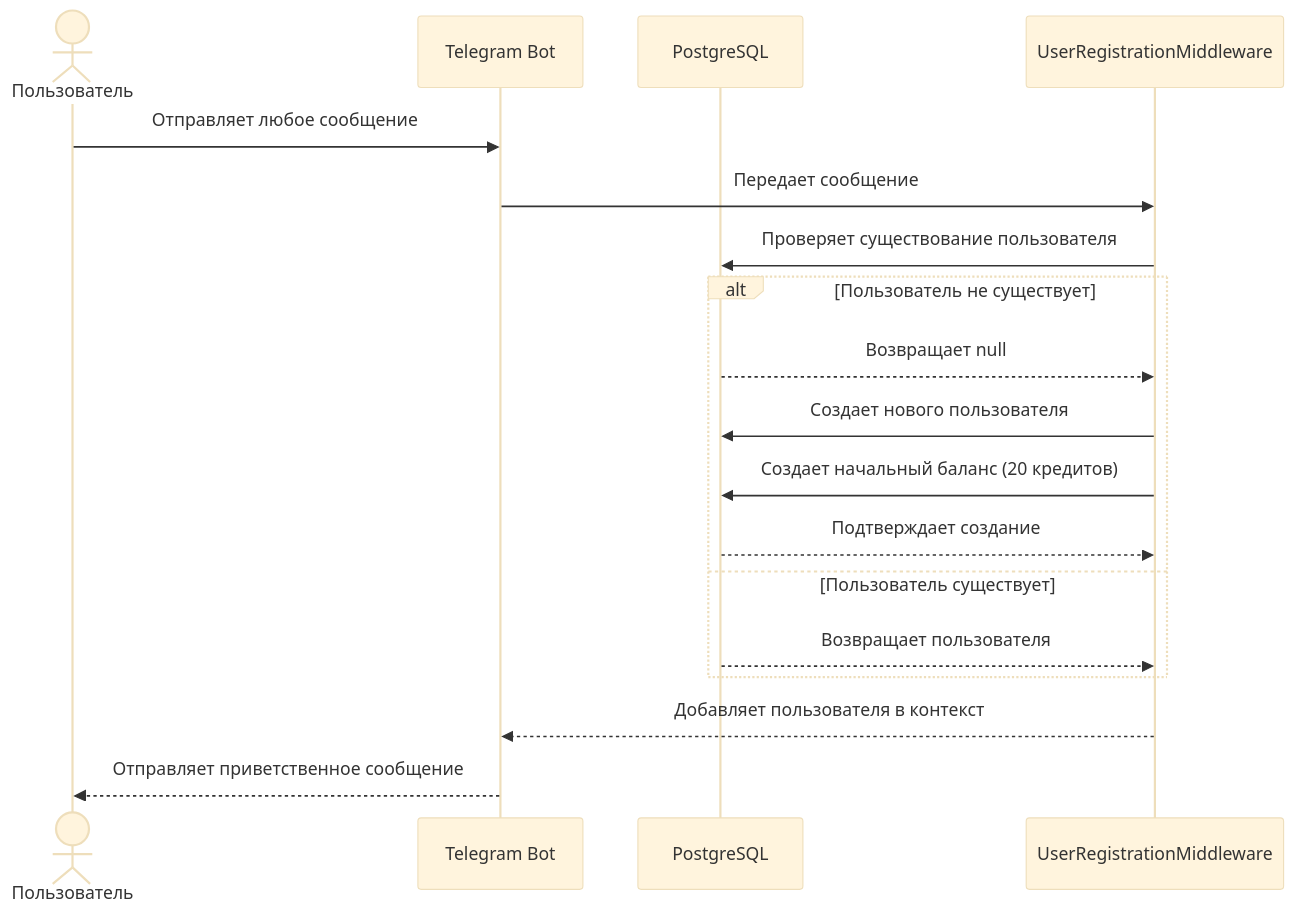
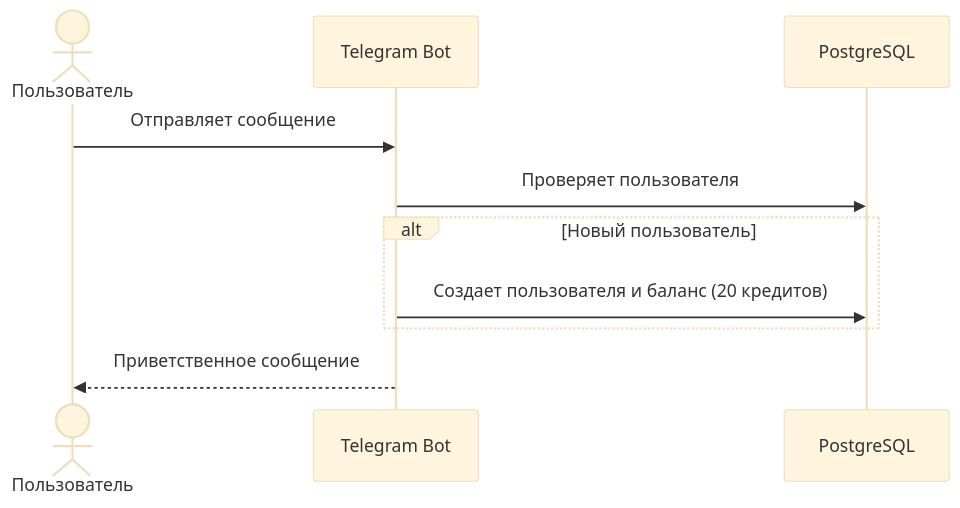
Before and after one commit to naumtsevalex/python_ml_billing_service: the second of 6 diagrams in DETAILS.md, drawn with Mermaid (base theme). The commit also changed other lines of this file, not shown here.

````diff
--- a/DETAILS.md
+++ b/DETAILS.md
@@ -252,21 +250,13 @@
 ```mermaid
 sequenceDiagram
     actor User as Пользователь
     participant Bot as Telegram Bot
     participant DB as PostgreSQL
-    participant Middleware as UserRegistrationMiddleware
 
-    User->>Bot: Отправляет любое сообщение
-    Bot->>Middleware: Передает сообщение
-    Middleware->>DB: Проверяет существование пользователя
-    alt Пользователь не существует
-        DB-->>Middleware: Возвращает null
-        Middleware->>DB: Создает нового пользователя
-        Middleware->>DB: Создает начальный баланс (20 кредитов)
-        DB-->>Middleware: Подтверждает создание
-    else Пользователь существует
-        DB-->>Middleware: Возвращает пользователя
+    User->>Bot: Отправляет сообщение
+    Bot->>DB: Проверяет пользователя
+    alt Новый пользователь
+        Bot->>DB: Создает пользователя и баланс (20 кредитов)
     end
-    Middleware-->>Bot: Добавляет пользователя в контекст
-    Bot-->>User: Отправляет приветственное сообщение
+    Bot-->>User: Приветственное сообщение
 ```
````
